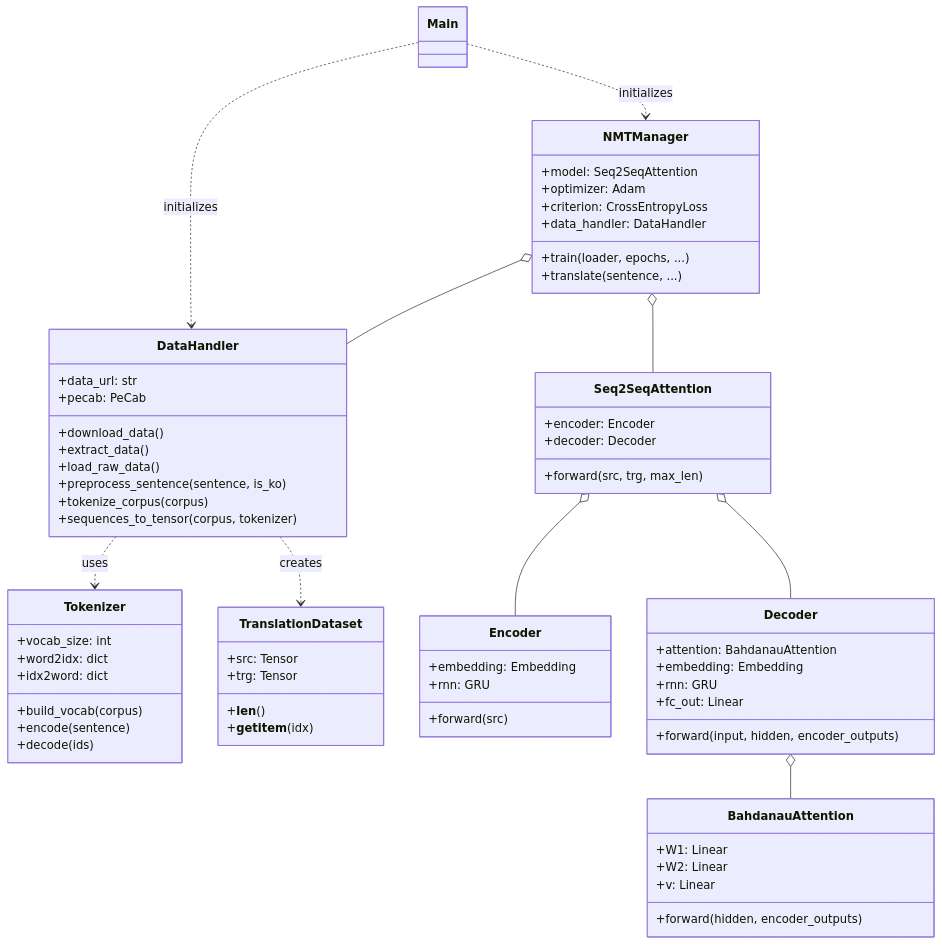
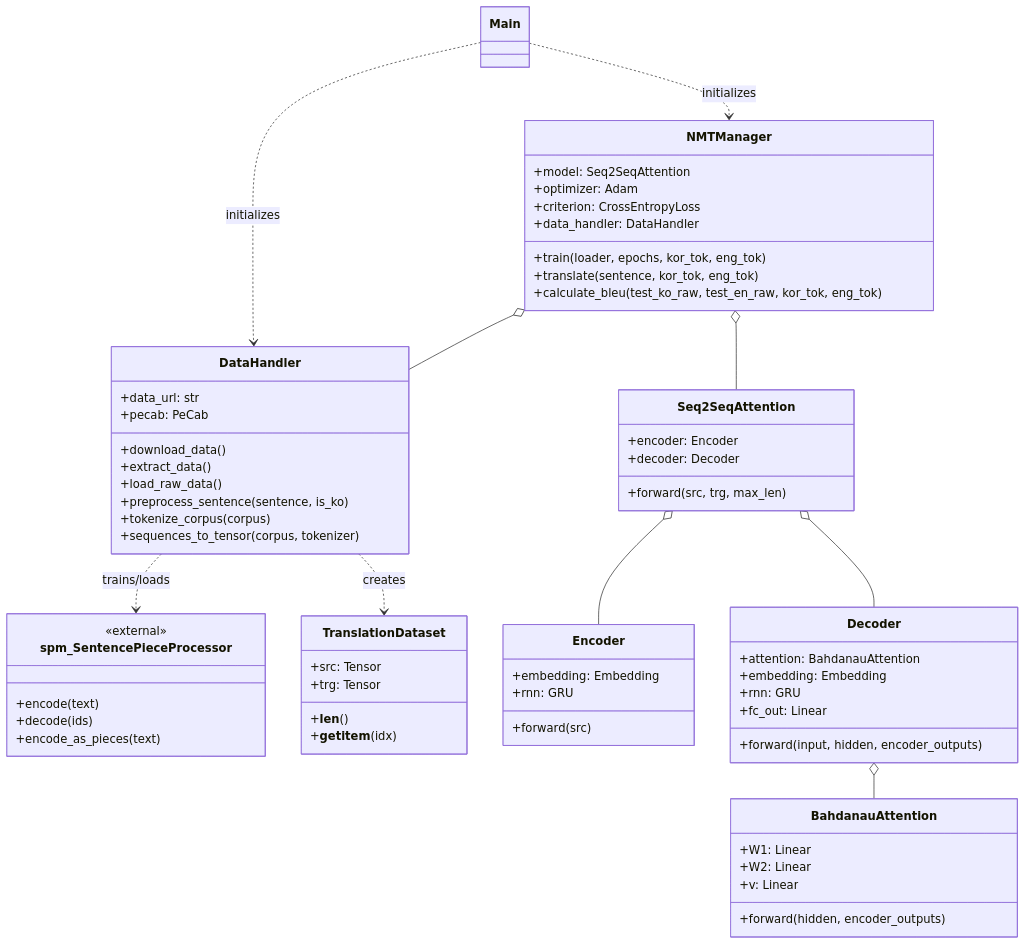
Before and after one commit to Jongha611/AIFFEL_quest_eng_junhwan: the first of 3 diagrams in NLP/NLP01/quest.md, drawn with Mermaid. The commit also changed other lines of this file and 1 other file, not shown here.

First line of the commit message:
feat: SentencePiece 도입 및 노트북 코드 추출 정리

````diff
--- a/NLP/NLP01/quest.md
+++ b/NLP/NLP01/quest.md
@@ -37,76 +128,75 @@
 ```mermaid
 classDiagram
     direction TB
     class DataHandler {
         +data_url: str
         +pecab: PeCab
         +download_data()
         +extract_data()
         +load_raw_data()
         +preprocess_sentence(sentence, is_ko)
         +tokenize_corpus(corpus)
         +sequences_to_tensor(corpus, tokenizer)
     }
 
-    class Tokenizer {
-        +vocab_size: int
-        +word2idx: dict
-        +idx2word: dict
-        +build_vocab(corpus)
-        +encode(sentence)
+    class spm_SentencePieceProcessor {
+        <<external>>
+        +encode(text)
         +decode(ids)
+        +encode_as_pieces(text)
     }
 
     class TranslationDataset {
         +src: Tensor
         +trg: Tensor
         +__len__()
         +__getitem__(idx)
     }
 
     class BahdanauAttention {
         +W1: Linear
         +W2: Linear
         +v: Linear
         +forward(hidden, encoder_outputs)
     }
 
     class Encoder {
         +embedding: Embedding
         +rnn: GRU
         +forward(src)
     }
 
     class Decoder {
         +attention: BahdanauAttention
         +embedding: Embedding
         +rnn: GRU
         +fc_out: Linear
         +forward(input, hidden, encoder_outputs)
     }
 
     class Seq2SeqAttention {
         +encoder: Encoder
         +decoder: Decoder
         +forward(src, trg, max_len)
     }
 
     class NMTManager {
         +model: Seq2SeqAttention
         +optimizer: Adam
         +criterion: CrossEntropyLoss
         +data_handler: DataHandler
-        +train(loader, epochs, ...)
-        +translate(sentence, ...)
+        +train(loader, epochs, kor_tok, eng_tok)
+        +translate(sentence, kor_tok, eng_tok)
+        +calculate_bleu(test_ko_raw, test_en_raw, kor_tok, eng_tok)
     }
 
-    DataHandler ..> Tokenizer : uses
+    DataHandler ..> spm_SentencePieceProcessor : trains/loads
     DataHandler ..> TranslationDataset : creates
     Main ..> DataHandler : initializes
     Main ..> NMTManager : initializes
     NMTManager o-- Seq2SeqAttention
     NMTManager o-- DataHandler
     Seq2SeqAttention o-- Encoder
     Seq2SeqAttention o-- Decoder
     Decoder o-- BahdanauAttention
 ```
````
